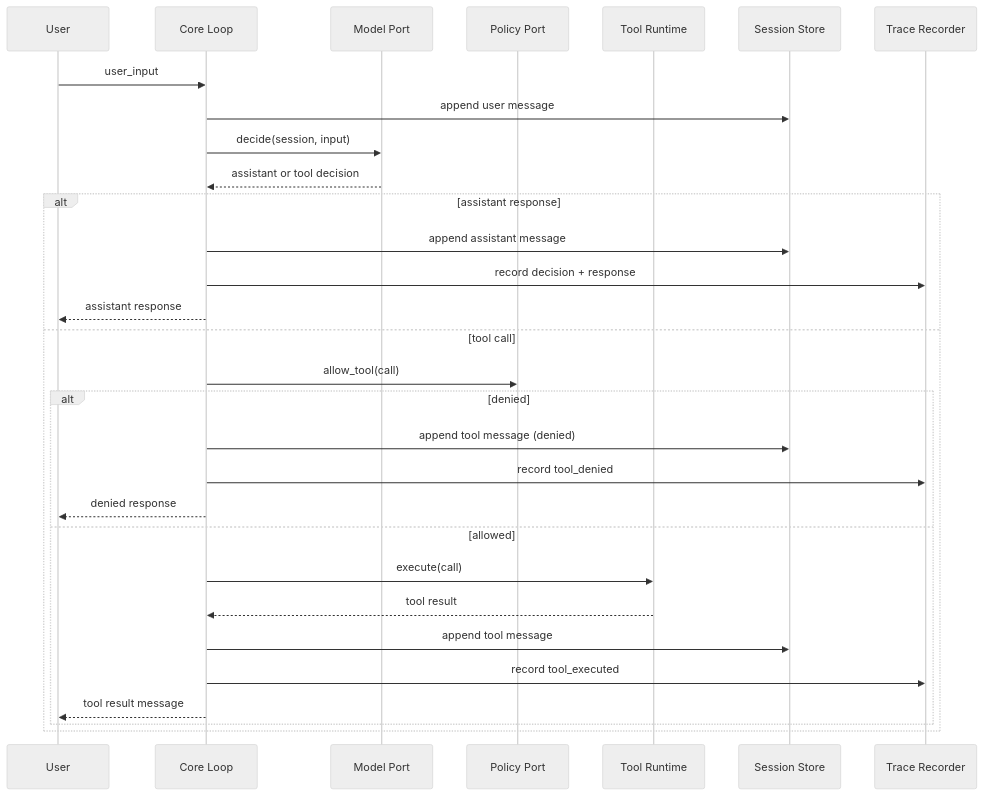
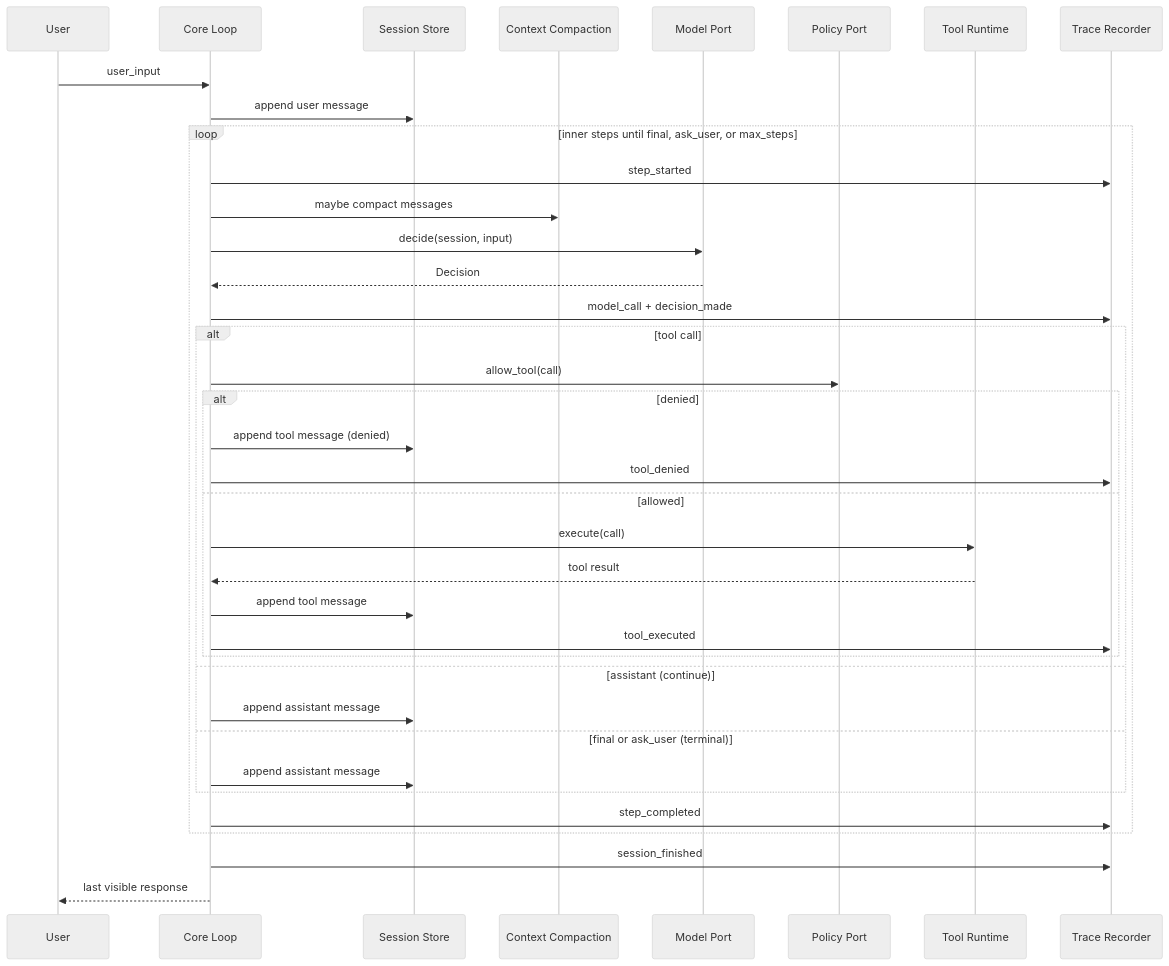
The second of 4 diagrams in docs/architecture/overview.md (zhumengzhu/HarnessLab), drawn with Mermaid (neutral theme) before and after one commit. The commit also changed other lines of this file and 4 other files, not shown here.

First line of the commit message:
docs: align entry docs and diagrams with Phase 2 runtime

````diff
--- a/docs/architecture/overview.md
+++ b/docs/architecture/overview.md
@@ -127,33 +133,40 @@
 ```mermaid
 sequenceDiagram
     participant User
     participant CoreLoop as Core Loop
+    participant SessionStore as Session Store
+    participant Compaction as Context Compaction
     participant ModelPort as Model Port
     participant PolicyPort as Policy Port
     participant ToolRuntime as Tool Runtime
-    participant SessionStore as Session Store
     participant TraceRecorder as Trace Recorder
 
     User->>CoreLoop: user_input
     CoreLoop->>SessionStore: append user message
-    CoreLoop->>ModelPort: decide(session, input)
-    ModelPort-->>CoreLoop: assistant or tool decision
-    alt assistant response
-        CoreLoop->>SessionStore: append assistant message
-        CoreLoop->>TraceRecorder: record decision + response
-        CoreLoop-->>User: assistant response
-    else tool call
-        CoreLoop->>PolicyPort: allow_tool(call)
-        alt denied
-            CoreLoop->>SessionStore: append tool message (denied)
-            CoreLoop->>TraceRecorder: record tool_denied
-            CoreLoop-->>User: denied response
-        else allowed
-            CoreLoop->>ToolRuntime: execute(call)
-            ToolRuntime-->>CoreLoop: tool result
-            CoreLoop->>SessionStore: append tool message
-            CoreLoop->>TraceRecorder: record tool_executed
-            CoreLoop-->>User: tool result message
+    loop inner steps until final, ask_user, or max_steps
+        CoreLoop->>TraceRecorder: step_started
+        CoreLoop->>Compaction: maybe compact messages
+        CoreLoop->>ModelPort: decide(session, input)
+        ModelPort-->>CoreLoop: Decision
+        CoreLoop->>TraceRecorder: model_call + decision_made
+        alt tool call
+            CoreLoop->>PolicyPort: allow_tool(call)
+            alt denied
+                CoreLoop->>SessionStore: append tool message (denied)
+                CoreLoop->>TraceRecorder: tool_denied
+            else allowed
+                CoreLoop->>ToolRuntime: execute(call)
+                ToolRuntime-->>CoreLoop: tool result
+                CoreLoop->>SessionStore: append tool message
+                CoreLoop->>TraceRecorder: tool_executed
+            end
+        else assistant (continue)
+            CoreLoop->>SessionStore: append assistant message
+        else final or ask_user (terminal)
+            CoreLoop->>SessionStore: append assistant message
         end
+        CoreLoop->>TraceRecorder: step_completed
     end
+    CoreLoop->>TraceRecorder: session_finished
+    CoreLoop-->>User: last visible response
 ```
````
